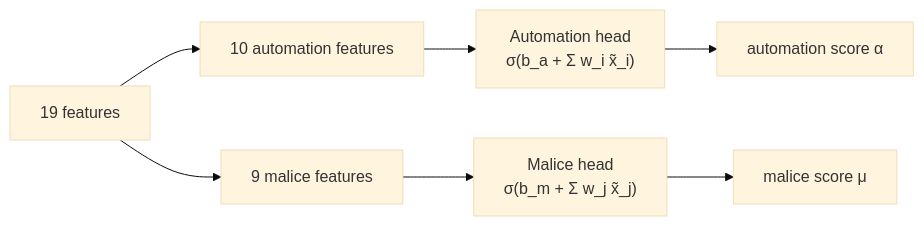
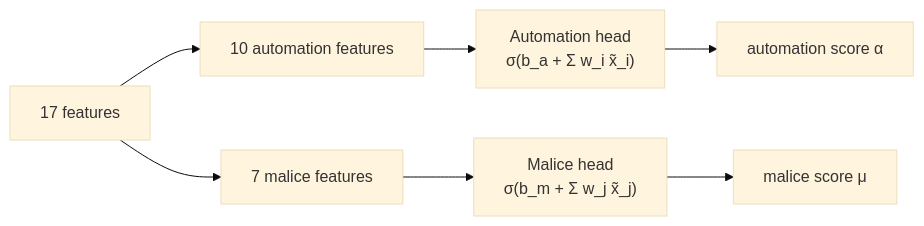
The second of 6 diagrams in docs/METHODOLOGY.md (parthkansal823/FinalYearProject-Deception), drawn with Mermaid (base theme) before and after one commit. The commit also changed other lines of this file and 26 other files, not shown here.

````diff
--- a/docs/METHODOLOGY.md
+++ b/docs/METHODOLOGY.md
@@ -255,9 +273,9 @@
 ```mermaid
 flowchart LR
-    X[19 features] --> A[10 automation features]
-    X --> M[9 malice features]
+    X[17 features] --> A[10 automation features]
+    X --> M[7 malice features]
     A --> HA["Automation head<br/>σ(b_a + Σ w_i x̃_i)"]
     M --> HM["Malice head<br/>σ(b_m + Σ w_j x̃_j)"]
     HA --> SA[automation score α]
     HM --> SM[malice score μ]
 ```
````
